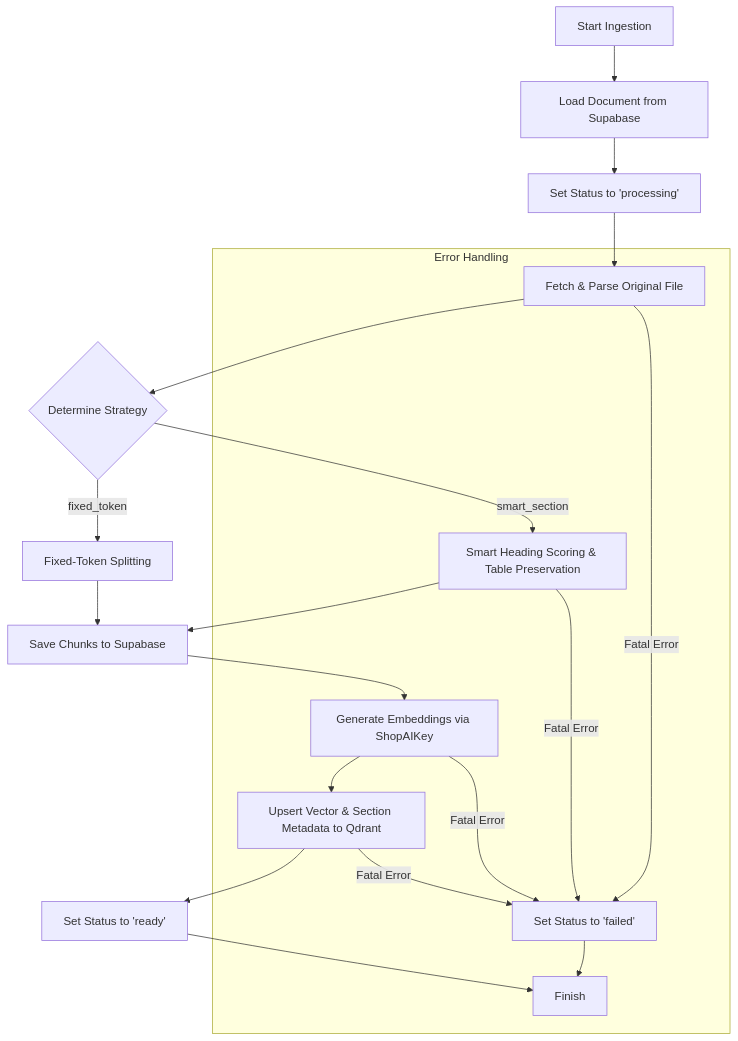
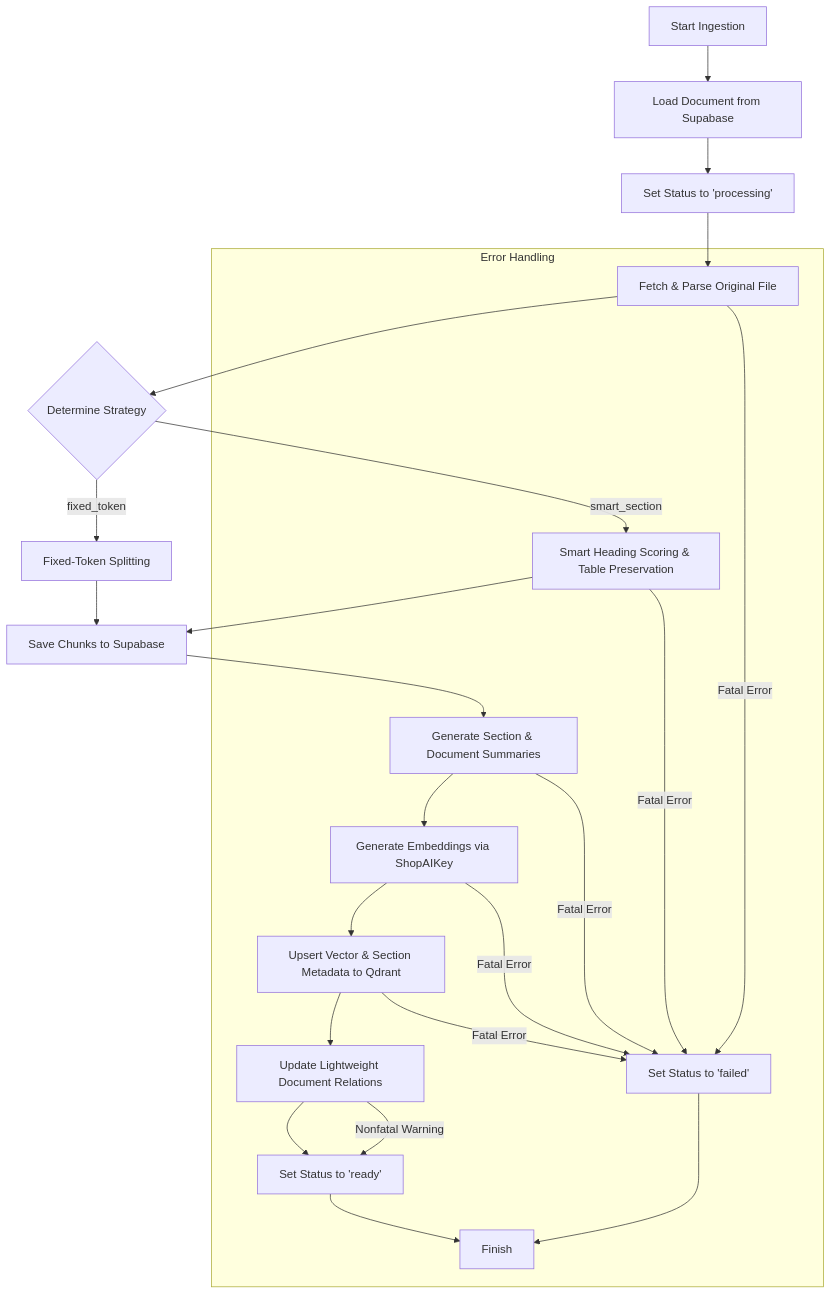
One commit to phongka79d/DocumentAgent changed the first of 2 diagrams in README.md. Above: the diagram before and after it, drawn with Mermaid. The commit also changed other lines of this file and 13 other files, not shown here.

````diff
--- a/README.md
+++ b/README.md
@@ -26,23 +26,27 @@
 ```mermaid
 graph TD
     A[Start Ingestion] --> B[Load Document from Supabase]
     B --> C[Set Status to 'processing']
     C --> D[Fetch & Parse Original File]
     D --> E{Determine Strategy}
     E -->|smart_section| F[Smart Heading Scoring & Table Preservation]
     E -->|fixed_token| G[Fixed-Token Splitting]
     F --> H[Save Chunks to Supabase]
     G --> H
-    H --> I[Generate Embeddings via ShopAIKey]
-    I --> J[Upsert Vector & Section Metadata to Qdrant]
-    J --> K[Set Status to 'ready']
-    K --> L[Finish]
+    H --> I[Generate Section & Document Summaries]
+    I --> J[Generate Embeddings via ShopAIKey]
+    J --> K[Upsert Vector & Section Metadata to Qdrant]
+    K --> R[Update Lightweight Document Relations]
+    R --> S[Set Status to 'ready']
+    S --> L[Finish]
     
     subgraph Error Handling
         D -->|Fatal Error| M[Set Status to 'failed']
         F -->|Fatal Error| M
         I -->|Fatal Error| M
         J -->|Fatal Error| M
+        K -->|Fatal Error| M
+        R -->|Nonfatal Warning| S
         M --> L
     end
 ```
````
